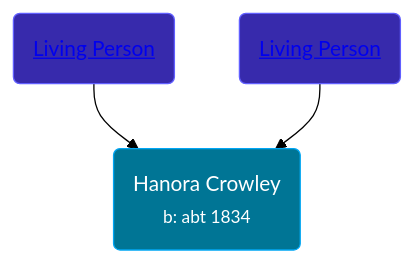
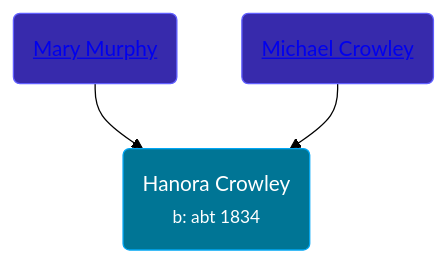
The diagram in pages/people/7/72193795.md (wpmgotkh/wpmgotkh.github.io), drawn with Mermaid (forest theme) before and after one commit. The commit also changed other lines of this file and 586 other files, not shown here.

Commit message:
feat: better shouldConsiderPersonLiving algo

````diff
--- a/pages/people/7/72193795.md
+++ b/pages/people/7/72193795.md
@@ -11,9 +11,9 @@
 ```mermaid
 graph
 classDef grands fill:#193cb8,stroke:#2b7fff,stroke-width:1px,color:#fff;
 classDef parents fill:#372aac,stroke:#615fff,stroke-width:1px,color:#fff;
 classDef primary fill:#007595,stroke:#00a6f4,stroke-width:1px,color:#fff;
 72193795(Hanora Crowley<br /><small>b: abt 1834</small>):::primary
-62618528(<a class="text-white" href="/people/6/62618528">Living Person</a>):::parents-->72193795
-58336236(<a class="text-white" href="/people/5/58336236">Living Person</a>):::parents-->72193795
+62618528(<a class="text-white" href="/people/6/62618528">Mary Murphy</a>):::parents-->72193795
+58336236(<a class="text-white" href="/people/5/58336236">Michael Crowley</a>):::parents-->72193795
 ```
````
